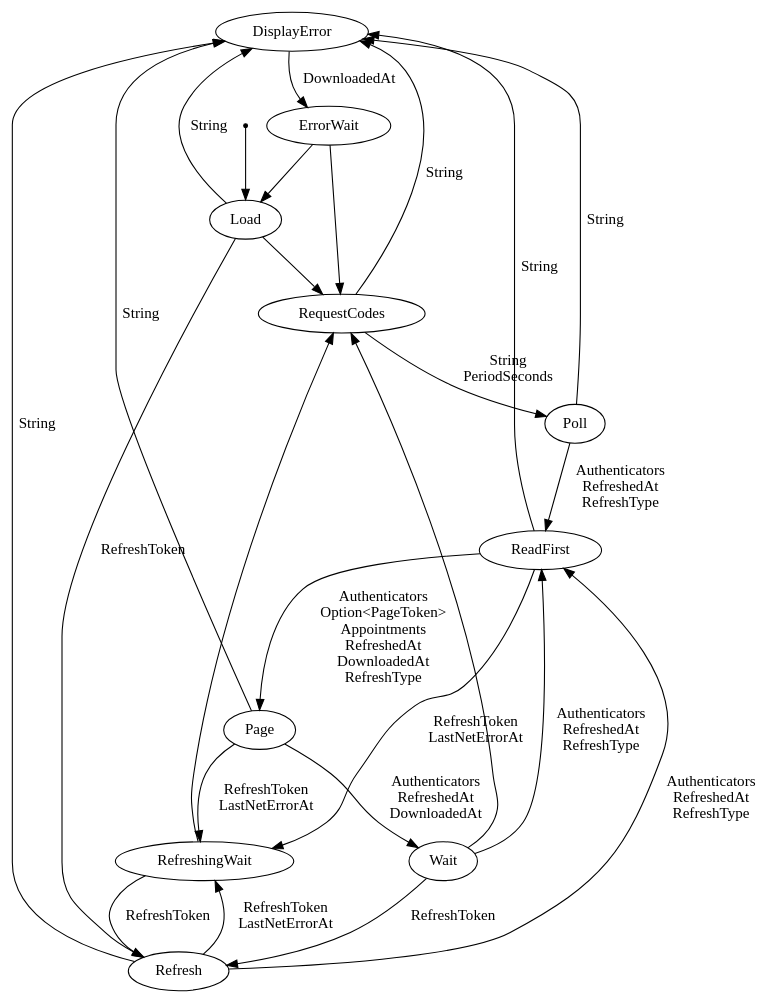
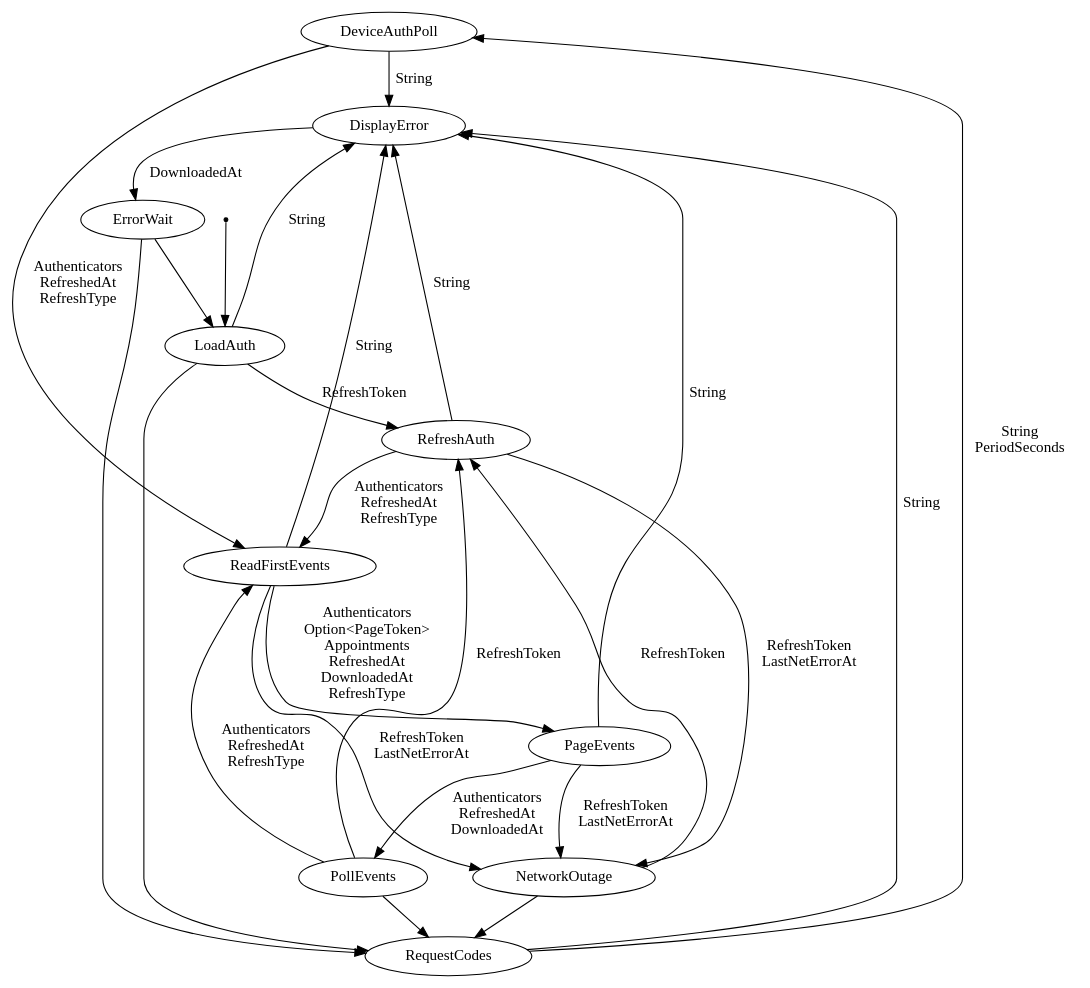
One commit to kieranjwhite/calendar_mirror changed the diagram in docs/cal_machine.dot. Above: the diagram before and after it, drawn with Graphviz. The commit also changed 2 other files, not shown here.

```diff
--- a/docs/cal_machine.dot
+++ b/docs/cal_machine.dot
@@ -1,38 +1,38 @@
 digraph cal_stm {
+    DeviceAuthPoll[label="DeviceAuthPoll"][shape="ellipse"];
     DisplayError[label="DisplayError"][shape="ellipse"];
     ErrorWait[label="ErrorWait"][shape="ellipse"];
-    Load[label="Load"][shape="ellipse"];
-    Page[label="Page"][shape="ellipse"];
-    Poll[label="Poll"][shape="ellipse"];
-    ReadFirst[label="ReadFirst"][shape="ellipse"];
-    Refresh[label="Refresh"][shape="ellipse"];
-    RefreshingWait[label="RefreshingWait"][shape="ellipse"];
+    LoadAuth[label="LoadAuth"][shape="ellipse"];
+    NetworkOutage[label="NetworkOutage"][shape="ellipse"];
+    PageEvents[label="PageEvents"][shape="ellipse"];
+    PollEvents[label="PollEvents"][shape="ellipse"];
+    ReadFirstEvents[label="ReadFirstEvents"][shape="ellipse"];
+    RefreshAuth[label="RefreshAuth"][shape="ellipse"];
     RequestCodes[label="RequestCodes"][shape="ellipse"];
-    Wait[label="Wait"][shape="ellipse"];
     _start[label="_start"][shape="point"];
-    _start -> Load[label=""];
-    ErrorWait -> Load[label=""];
+    _start -> LoadAuth[label=""];
+    ErrorWait -> LoadAuth[label=""];
     DisplayError -> ErrorWait[label="DownloadedAt\n"];
     ErrorWait -> RequestCodes[label=""];
-    Load -> RequestCodes[label=""];
-    RefreshingWait -> RequestCodes[label=""];
-    Wait -> RequestCodes[label=""];
-    Load -> Refresh[label="RefreshToken\n"];
-    RefreshingWait -> Refresh[label="RefreshToken\n"];
-    Wait -> Refresh[label="RefreshToken\n"];
-    Poll -> ReadFirst[label="Authenticators\nRefreshedAt\nRefreshType\n"];
-    Refresh -> ReadFirst[label="Authenticators\nRefreshedAt\nRefreshType\n"];
-    Wait -> ReadFirst[label="Authenticators\nRefreshedAt\nRefreshType\n"];
-    RequestCodes -> Poll[label="String\nPeriodSeconds\n"];
-    Load -> DisplayError[label="String\n"];
-    Page -> DisplayError[label="String\n"];
-    Poll -> DisplayError[label="String\n"];
-    ReadFirst -> DisplayError[label="String\n"];
-    Refresh -> DisplayError[label="String\n"];
+    LoadAuth -> RequestCodes[label=""];
+    NetworkOutage -> RequestCodes[label=""];
+    PollEvents -> RequestCodes[label=""];
+    LoadAuth -> RefreshAuth[label="RefreshToken\n"];
+    NetworkOutage -> RefreshAuth[label="RefreshToken\n"];
+    PollEvents -> RefreshAuth[label="RefreshToken\n"];
+    DeviceAuthPoll -> ReadFirstEvents[label="Authenticators\nRefreshedAt\nRefreshType\n"];
+    RefreshAuth -> ReadFirstEvents[label="Authenticators\nRefreshedAt\nRefreshType\n"];
+    PollEvents -> ReadFirstEvents[label="Authenticators\nRefreshedAt\nRefreshType\n"];
+    RequestCodes -> DeviceAuthPoll[label="String\nPeriodSeconds\n"];
+    LoadAuth -> DisplayError[label="String\n"];
+    PageEvents -> DisplayError[label="String\n"];
+    DeviceAuthPoll -> DisplayError[label="String\n"];
+    ReadFirstEvents -> DisplayError[label="String\n"];
+    RefreshAuth -> DisplayError[label="String\n"];
     RequestCodes -> DisplayError[label="String\n"];
-    ReadFirst -> Page[label="Authenticators\nOption<PageToken>\nAppointments\nRefreshedAt\nDownloadedAt\nRefreshType\n"];
-    Page -> Wait[label="Authenticators\nRefreshedAt\nDownloadedAt\n"];
-    Refresh -> RefreshingWait[label="RefreshToken\nLastNetErrorAt\n"];
-    ReadFirst -> RefreshingWait[label="RefreshToken\nLastNetErrorAt\n"];
-    Page -> RefreshingWait[label="RefreshToken\nLastNetErrorAt\n"];
+    ReadFirstEvents -> PageEvents[label="Authenticators\nOption<PageToken>\nAppointments\nRefreshedAt\nDownloadedAt\nRefreshType\n"];
+    PageEvents -> PollEvents[label="Authenticators\nRefreshedAt\nDownloadedAt\n"];
+    RefreshAuth -> NetworkOutage[label="RefreshToken\nLastNetErrorAt\n"];
+    ReadFirstEvents -> NetworkOutage[label="RefreshToken\nLastNetErrorAt\n"];
+    PageEvents -> NetworkOutage[label="RefreshToken\nLastNetErrorAt\n"];
 }
```
